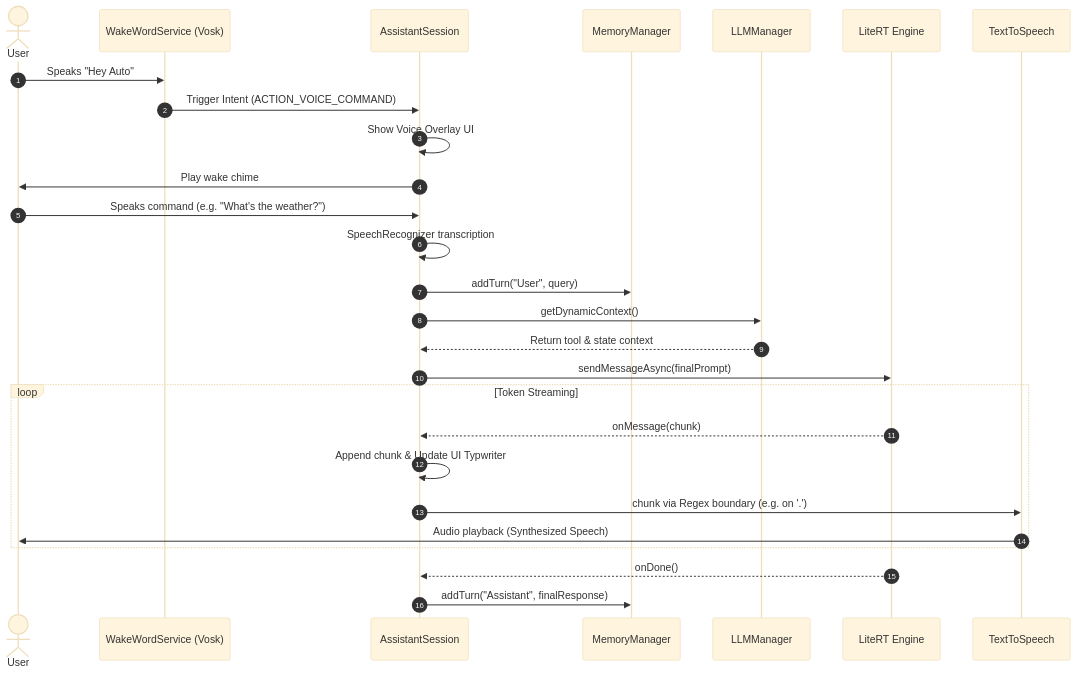
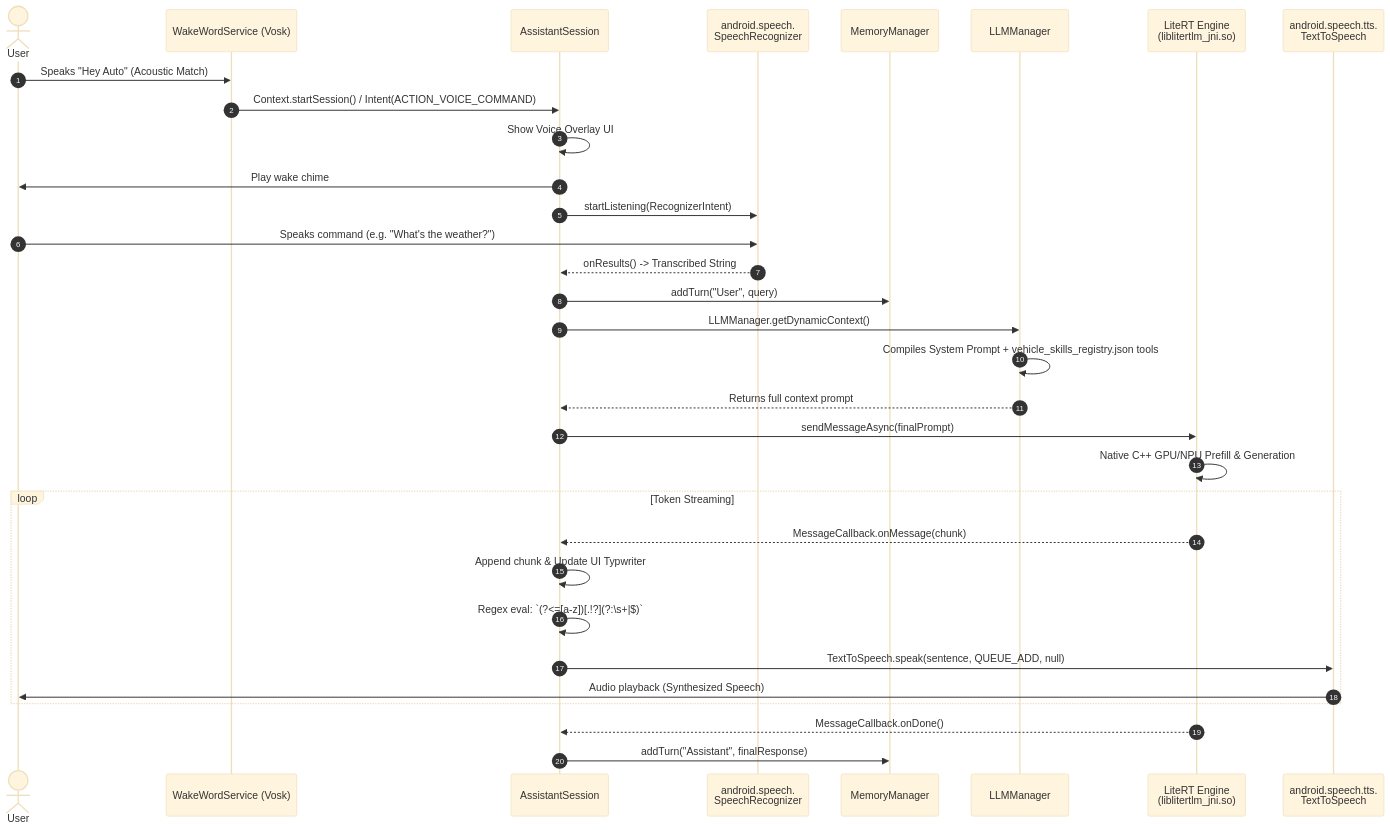
One commit to hemangpandhi/ai-assistant changed the diagram in docs/use_cases/voice_interaction_local.md. Above: the diagram before and after it, drawn with Mermaid (base theme). The commit also changed other lines of this file and 4 other files, not shown here.

Commit message:
docs: Enrich sequence diagrams with detailed Android framework APIs and Intent routing

````diff
--- a/docs/use_cases/voice_interaction_local.md
+++ b/docs/use_cases/voice_interaction_local.md
@@ -5,34 +5,41 @@
 ```mermaid
 sequenceDiagram
     autonumber
     actor User
     participant VWS as WakeWordService (Vosk)
     participant AS as AssistantSession
+    participant STT as android.speech.<br/>SpeechRecognizer
     participant MM as MemoryManager
     participant LLM as LLMManager
-    participant LITE as LiteRT Engine
-    participant TTS as TextToSpeech
+    participant LITE as LiteRT Engine<br/>(liblitertlm_jni.so)
+    participant TTS as android.speech.tts.<br/>TextToSpeech
 
-    User->>VWS: Speaks "Hey Auto"
-    VWS->>AS: Trigger Intent (ACTION_VOICE_COMMAND)
+    User->>VWS: Speaks "Hey Auto" (Acoustic Match)
+    VWS->>AS: Context.startSession() / Intent(ACTION_VOICE_COMMAND)
     AS->>AS: Show Voice Overlay UI
     AS->>User: Play wake chime
-    User->>AS: Speaks command (e.g. "What's the weather?")
-    AS->>AS: SpeechRecognizer transcription
+    
+    AS->>STT: startListening(RecognizerIntent)
+    User->>STT: Speaks command (e.g. "What's the weather?")
+    STT-->>AS: onResults() -> Transcribed String
+    
     AS->>MM: addTurn("User", query)
     
-    AS->>LLM: getDynamicContext()
-    LLM-->>AS: Return tool & state context
+    AS->>LLM: LLMManager.getDynamicContext()
+    LLM->>LLM: Compiles System Prompt + vehicle_skills_registry.json tools
+    LLM-->>AS: Returns full context prompt
     
     AS->>LITE: sendMessageAsync(finalPrompt)
+    LITE->>LITE: Native C++ GPU/NPU Prefill & Generation
     
     loop Token Streaming
-        LITE-->>AS: onMessage(chunk)
+        LITE-->>AS: MessageCallback.onMessage(chunk)
         AS->>AS: Append chunk & Update UI Typwriter
-        AS->>TTS: chunk via Regex boundary (e.g. on '.')
+        AS->>AS: Regex eval: `(?<=[a-z])[.!?](?:\s+|$)`
+        AS->>TTS: TextToSpeech.speak(sentence, QUEUE_ADD, null)
         TTS->>User: Audio playback (Synthesized Speech)
     end
     
-    LITE-->>AS: onDone()
+    LITE-->>AS: MessageCallback.onDone()
     AS->>MM: addTurn("Assistant", finalResponse)
 ```
````
